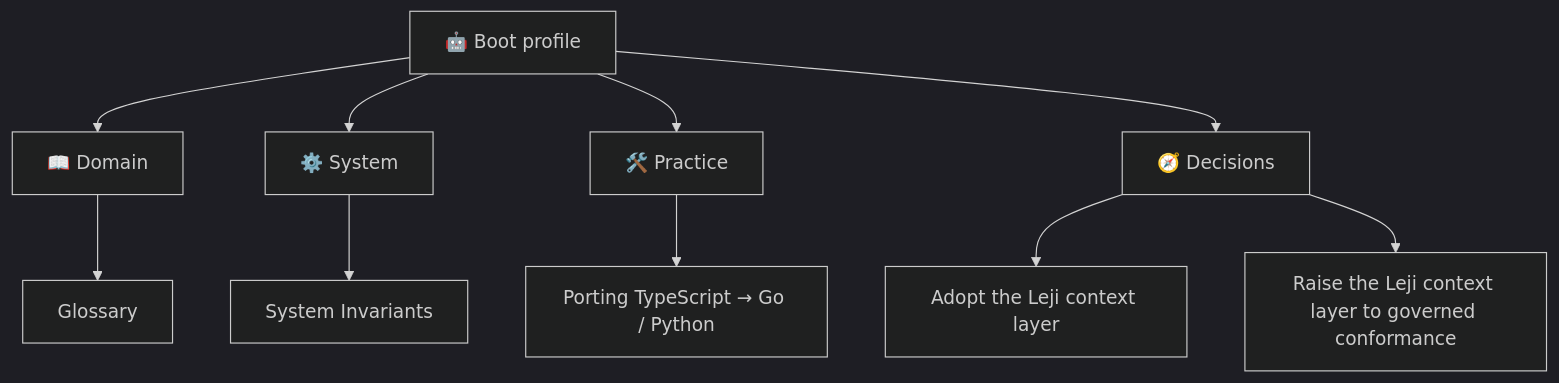
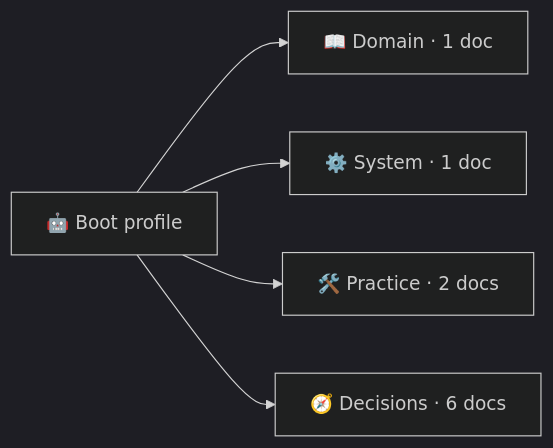
One commit to leji-org/leji changed the diagram in docs/overview.md. Above: the diagram before and after it, drawn with Mermaid (dark theme). The commit also changed 702 other files, not shown here.

````diff
--- a/docs/overview.md
+++ b/docs/overview.md
@@ -11,22 +11,12 @@
 ```mermaid
-flowchart TD
+flowchart LR
   boot["🤖 Boot profile"]
-  cat_domain["📖 Domain"]
+  cat_domain["📖 Domain · 1 doc"]
   boot --> cat_domain
-  n_glossary["Glossary"]
-  cat_domain --> n_glossary
-  cat_system["⚙️ System"]
+  cat_system["⚙️ System · 1 doc"]
   boot --> cat_system
-  n_invariants["System Invariants"]
-  cat_system --> n_invariants
-  cat_practice["🛠️ Practice"]
+  cat_practice["🛠️ Practice · 2 docs"]
   boot --> cat_practice
-  n_porting_ts_to_go_py["Porting TypeScript → Go / Python"]
-  cat_practice --> n_porting_ts_to_go_py
-  cat_decisions["🧭 Decisions"]
+  cat_decisions["🧭 Decisions · 6 docs"]
   boot --> cat_decisions
-  n_adopt_leji["Adopt the Leji context layer"]
-  cat_decisions --> n_adopt_leji
-  n_raise_to_governed["Raise the Leji context layer to governed conformance"]
-  cat_decisions --> n_raise_to_governed
 ```
````
